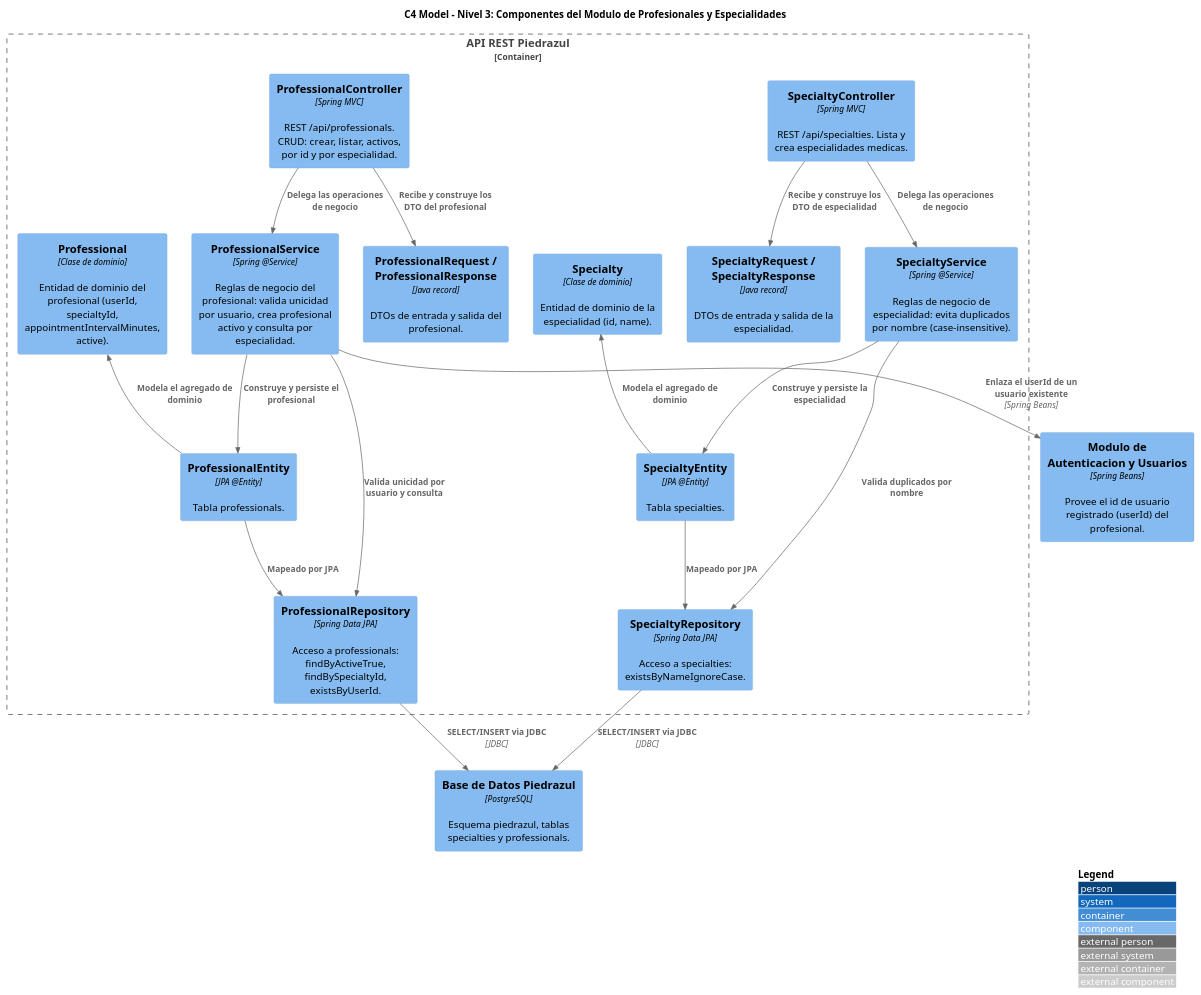
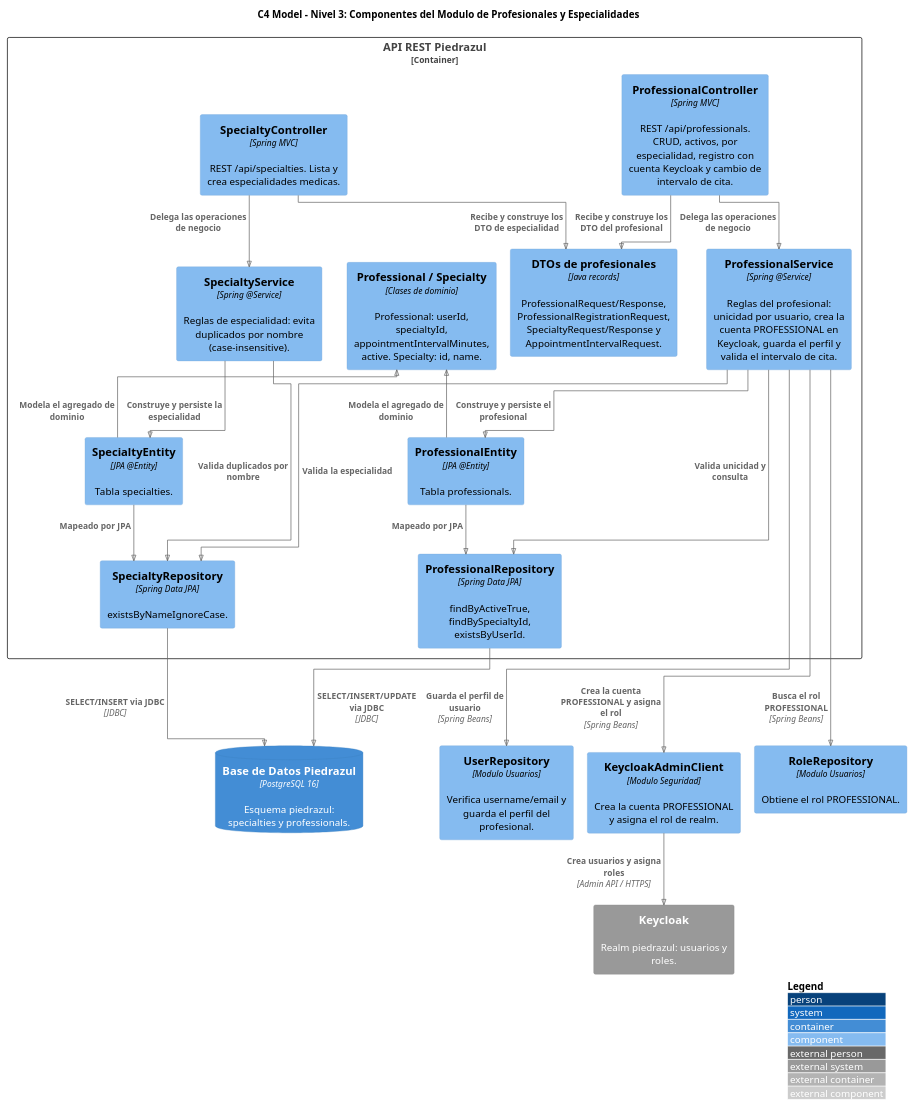
The diagram in docs/c4/c4-4-componentes-modulo-profesionales.puml (astern22/Piedrazul), drawn with PlantUML before and after one commit. The commit also changed other lines of this file and 36 other files, not shown here.

```diff
--- a/docs/c4/c4-4-componentes-modulo-profesionales.puml
+++ b/docs/c4/c4-4-componentes-modulo-profesionales.puml
@@ -4,51 +4,61 @@
 @startuml C4_Componentes_Modulo_Profesionales_Piedrazul
 !include https://raw.githubusercontent.com/plantuml-stdlib/C4-PlantUML/master/C4_Component.puml
+
+!pragma layout elk
+skinparam linetype ortho
 
 title C4 Model - Nivel 3: Componentes del Modulo de Profesionales y Especialidades
 
 Container_Boundary(api, "API REST Piedrazul") {
 
-    Component(profController, "ProfessionalController", "Spring MVC", "REST /api/professionals. CRUD: crear, listar, activos, por id y por especialidad.", $tags="presentation")
+    Component(profController, "ProfessionalController", "Spring MVC", "REST /api/professionals. CRUD, activos, por especialidad, registro con cuenta Keycloak y cambio de intervalo de cita.", $tags="presentation")
     Component(specController, "SpecialtyController", "Spring MVC", "REST /api/specialties. Lista y crea especialidades medicas.", $tags="presentation")
-    Component(profDto, "ProfessionalRequest / ProfessionalResponse", "Java record", "DTOs de entrada y salida del profesional.")
-    Component(specDto, "SpecialtyRequest / SpecialtyResponse", "Java record", "DTOs de entrada y salida de la especialidad.")
+    Component(dtos, "DTOs de profesionales", "Java records", "ProfessionalRequest/Response, ProfessionalRegistrationRequest, SpecialtyRequest/Response y AppointmentIntervalRequest.", $tags="presentation")
 
-    Component(profSvc, "ProfessionalService", "Spring @Service", "Reglas de negocio del profesional: valida unicidad por usuario, crea profesional activo y consulta por especialidad.")
-    Component(specSvc, "SpecialtyService", "Spring @Service", "Reglas de negocio de especialidad: evita duplicados por nombre (case-insensitive).")
+    Component(profSvc, "ProfessionalService", "Spring @Service", "Reglas del profesional: unicidad por usuario, crea la cuenta PROFESSIONAL en Keycloak, guarda el perfil y valida el intervalo de cita.", $tags="application")
+    Component(specSvc, "SpecialtyService", "Spring @Service", "Reglas de especialidad: evita duplicados por nombre (case-insensitive).", $tags="application")
 
-    Component(prof, "Professional", "Clase de dominio", "Entidad de dominio del profesional (userId, specialtyId, appointmentIntervalMinutes, active).")
-    Component(spec, "Specialty", "Clase de dominio", "Entidad de dominio de la especialidad (id, name).")
+    Component(domain, "Professional / Specialty", "Clases de dominio", "Professional: userId, specialtyId, appointmentIntervalMinutes, active. Specialty: id, name.", $tags="domain")
 
-    Component(profEntity, "ProfessionalEntity", "JPA @Entity", "Tabla professionals.")
-    Component(specEntity, "SpecialtyEntity", "JPA @Entity", "Tabla specialties.")
-    Component(profRepo, "ProfessionalRepository", "Spring Data JPA", "Acceso a professionals: findByActiveTrue, findBySpecialtyId, existsByUserId.")
-    Component(specRepo, "SpecialtyRepository", "Spring Data JPA", "Acceso a specialties: existsByNameIgnoreCase.")
+    Component(profEntity, "ProfessionalEntity", "JPA @Entity", "Tabla professionals.", $tags="infrastructure")
+    Component(specEntity, "SpecialtyEntity", "JPA @Entity", "Tabla specialties.", $tags="infrastructure")
+    Component(profRepo, "ProfessionalRepository", "Spring Data JPA", "findByActiveTrue, findBySpecialtyId, existsByUserId.", $tags="infrastructure")
+    Component(specRepo, "SpecialtyRepository", "Spring Data JPA", "existsByNameIgnoreCase.", $tags="infrastructure")
 
 }
 
-Component(mod_users, "Modulo de Autenticacion y Usuarios", "Spring Beans", "Provee el id de usuario registrado (userId) del profesional.")
-Component(db, "Base de Datos Piedrazul", "PostgreSQL", "Esquema piedrazul, tablas specialties y professionals.")
+Component(keycloakAdmin, "KeycloakAdminClient", "Modulo Seguridad", "Crea la cuenta PROFESSIONAL y asigna el rol de realm.")
+Component(userRepo, "UserRepository", "Modulo Usuarios", "Verifica username/email y guarda el perfil del profesional.")
+Component(roleRepo, "RoleRepository", "Modulo Usuarios", "Obtiene el rol PROFESSIONAL.")
+System_Ext(keycloak, "Keycloak", "Realm piedrazul: usuarios y roles.")
+ContainerDb(db, "Base de Datos Piedrazul", "PostgreSQL 16", "Esquema piedrazul: specialties y professionals.")
 
-Rel(profController, profDto, "Recibe y construye los DTO del profesional")
+Rel(profController, dtos, "Recibe y construye los DTO del profesional")
 Rel(profController, profSvc, "Delega las operaciones de negocio")
-Rel(specController, specDto, "Recibe y construye los DTO de especialidad")
+Rel(specController, dtos, "Recibe y construye los DTO de especialidad")
 Rel(specController, specSvc, "Delega las operaciones de negocio")
 
 Rel(profSvc, profEntity, "Construye y persiste el profesional")
-Rel(profSvc, profRepo, "Valida unicidad por usuario y consulta")
+Rel(profSvc, profRepo, "Valida unicidad y consulta")
+Rel(profSvc, specRepo, "Valida la especialidad")
+Rel(profSvc, keycloakAdmin, "Crea la cuenta PROFESSIONAL y asigna el rol", "Spring Beans")
+Rel(profSvc, userRepo, "Guarda el perfil de usuario", "Spring Beans")
+Rel(profSvc, roleRepo, "Busca el rol PROFESSIONAL", "Spring Beans")
+
 Rel(specSvc, specEntity, "Construye y persiste la especialidad")
 Rel(specSvc, specRepo, "Valida duplicados por nombre")
 
+Rel(keycloakAdmin, keycloak, "Crea usuarios y asigna roles", "Admin API / HTTPS")
+
 Rel(profEntity, profRepo, "Mapeado por JPA")
 Rel(specEntity, specRepo, "Mapeado por JPA")
-Rel(profRepo, db, "SELECT/INSERT via JDBC", "JDBC")
+Rel(profRepo, db, "SELECT/INSERT/UPDATE via JDBC", "JDBC")
 Rel(specRepo, db, "SELECT/INSERT via JDBC", "JDBC")
 
-Rel_Back(prof, profEntity, "Modela el agregado de dominio")
-Rel_Back(spec, specEntity, "Modela el agregado de dominio")
-Rel(profSvc, mod_users, "Enlaza el userId de un usuario existente", "Spring Beans")
+Rel_Back(domain, profEntity, "Modela el agregado de dominio")
+Rel_Back(domain, specEntity, "Modela el agregado de dominio")
 
 SHOW_LEGEND()
 LAYOUT_WITH_LEGEND()
 
 @enduml
```
